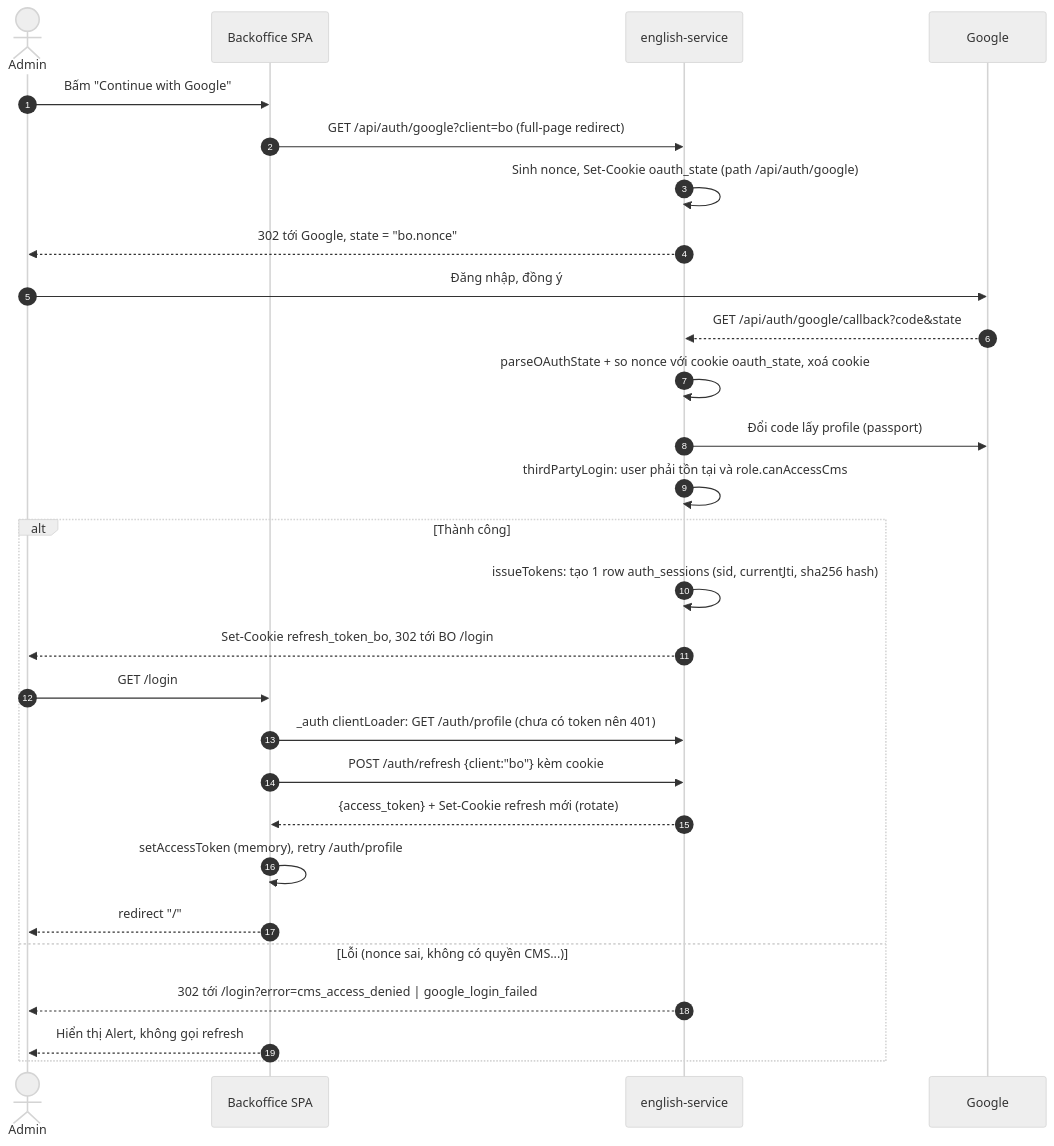
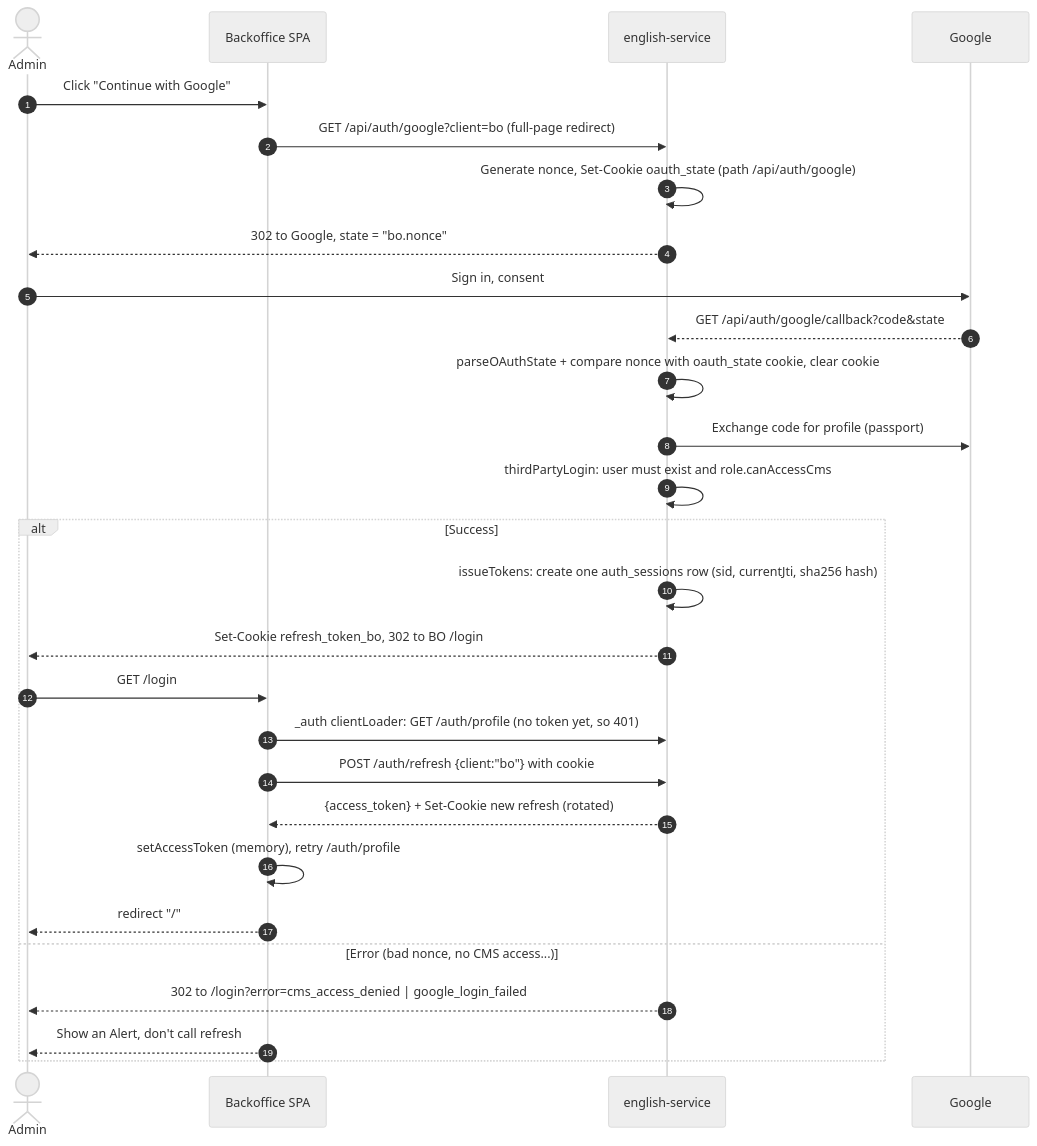
One commit to TriThuc2321/english-service changed the second of 8 diagrams in docs/auth-flow.md. Above: the diagram before and after it, drawn with Mermaid (neutral theme). The commit also changed other lines of this file and 6 other files, not shown here.

````diff
--- a/docs/auth-flow.md
+++ b/docs/auth-flow.md
@@ -44,31 +44,31 @@
 ```mermaid
 sequenceDiagram
   autonumber
   actor U as Admin
   participant BO as Backoffice SPA
   participant BE as english-service
   participant G as Google
 
-  U->>BO: Bấm "Continue with Google"
+  U->>BO: Click "Continue with Google"
   BO->>BE: GET /api/auth/google?client=bo (full-page redirect)
-  BE->>BE: Sinh nonce, Set-Cookie oauth_state (path /api/auth/google)
-  BE-->>U: 302 tới Google, state = "bo.nonce"
-  U->>G: Đăng nhập, đồng ý
+  BE->>BE: Generate nonce, Set-Cookie oauth_state (path /api/auth/google)
+  BE-->>U: 302 to Google, state = "bo.nonce"
+  U->>G: Sign in, consent
   G-->>BE: GET /api/auth/google/callback?code&state
-  BE->>BE: parseOAuthState + so nonce với cookie oauth_state, xoá cookie
-  BE->>G: Đổi code lấy profile (passport)
-  BE->>BE: thirdPartyLogin: user phải tồn tại và role.canAccessCms
-  alt Thành công
-    BE->>BE: issueTokens: tạo 1 row auth_sessions (sid, currentJti, sha256 hash)
-    BE-->>U: Set-Cookie refresh_token_bo, 302 tới BO /login
+  BE->>BE: parseOAuthState + compare nonce with oauth_state cookie, clear cookie
+  BE->>G: Exchange code for profile (passport)
+  BE->>BE: thirdPartyLogin: user must exist and role.canAccessCms
+  alt Success
+    BE->>BE: issueTokens: create one auth_sessions row (sid, currentJti, sha256 hash)
+    BE-->>U: Set-Cookie refresh_token_bo, 302 to BO /login
     U->>BO: GET /login
-    BO->>BE: _auth clientLoader: GET /auth/profile (chưa có token nên 401)
-    BO->>BE: POST /auth/refresh {client:"bo"} kèm cookie
-    BE-->>BO: {access_token} + Set-Cookie refresh mới (rotate)
+    BO->>BE: _auth clientLoader: GET /auth/profile (no token yet, so 401)
+    BO->>BE: POST /auth/refresh {client:"bo"} with cookie
+    BE-->>BO: {access_token} + Set-Cookie new refresh (rotated)
     BO->>BO: setAccessToken (memory), retry /auth/profile
     BO-->>U: redirect "/"
-  else Lỗi (nonce sai, không có quyền CMS...)
-    BE-->>U: 302 tới /login?error=cms_access_denied | google_login_failed
-    BO-->>U: Hiển thị Alert, không gọi refresh
+  else Error (bad nonce, no CMS access...)
+    BE-->>U: 302 to /login?error=cms_access_denied | google_login_failed
+    BO-->>U: Show an Alert, don't call refresh
   end
 ```
````
